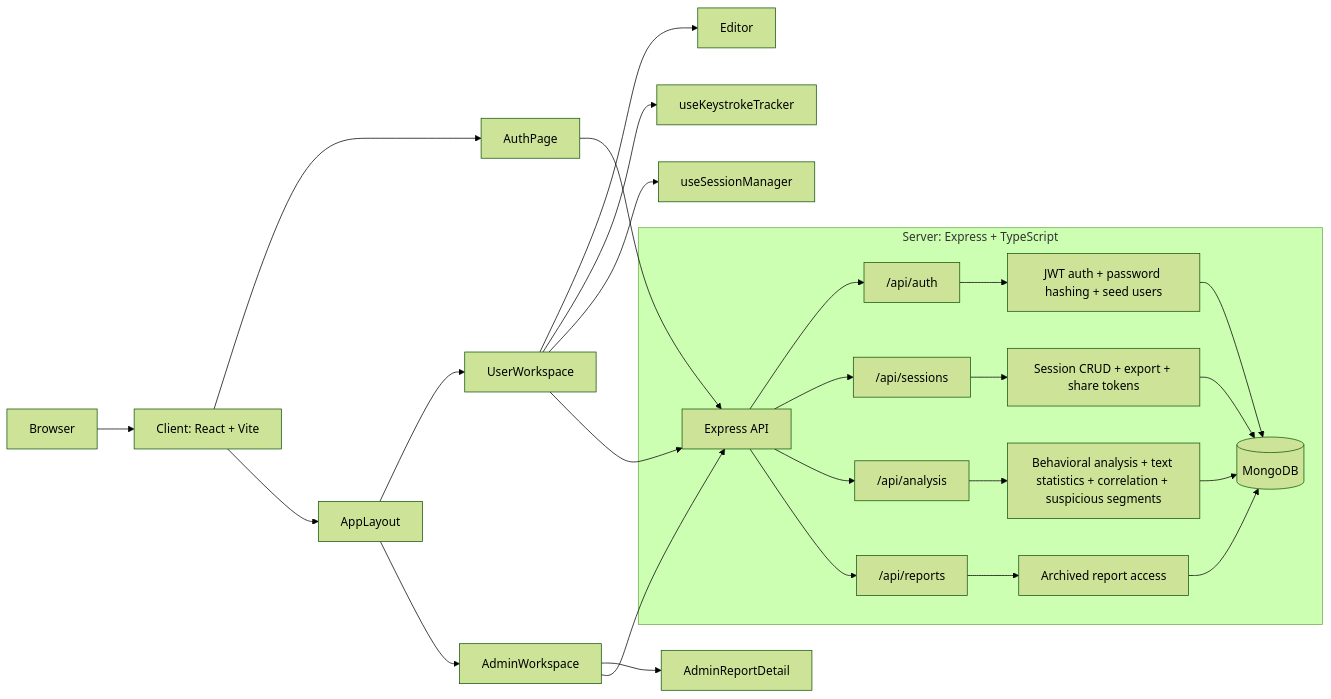
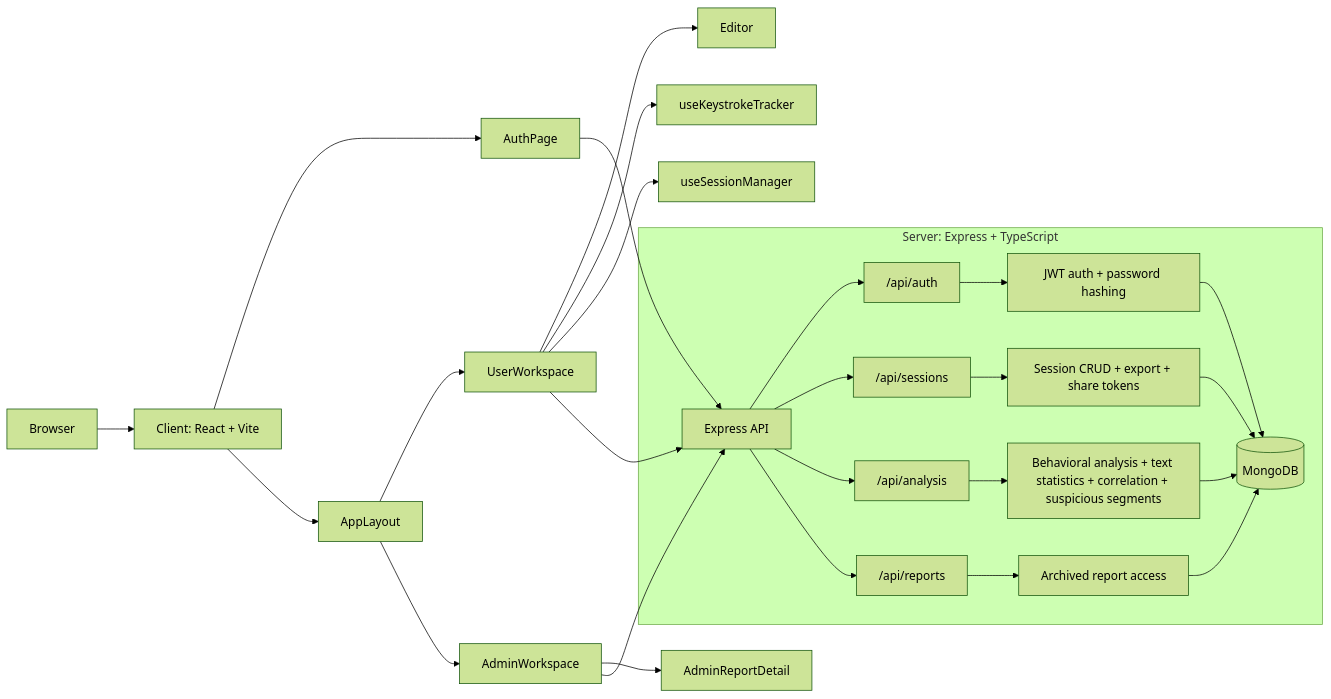
One commit to Sandhiya0305/vi-notes changed the diagram in README.md. Above: the diagram before and after it, drawn with Mermaid (forest theme). The commit also changed other lines of this file and 27 other files, not shown here.

````diff
--- a/README.md
+++ b/README.md
@@ -72,37 +76,37 @@
 ```mermaid
 flowchart LR
   Browser["Browser"] --> Client["Client: React + Vite"]
 
   Client --> AuthPage["AuthPage"]
   Client --> Layout["AppLayout"]
 
   Layout --> UserWorkspace["UserWorkspace"]
   Layout --> AdminWorkspace["AdminWorkspace"]
 
   UserWorkspace --> Editor["Editor"]
   UserWorkspace --> KeystrokeTracker["useKeystrokeTracker"]
   UserWorkspace --> SessionManager["useSessionManager"]
 
   AdminWorkspace --> AdminReportDetail["AdminReportDetail"]
 
   UserWorkspace --> API["Express API"]
   AdminWorkspace --> API
   AuthPage --> API
 
   subgraph Server["Server: Express + TypeScript"]
     API --> AuthRoutes["/api/auth"]
     API --> SessionRoutes["/api/sessions"]
     API --> AnalysisRoutes["/api/analysis"]
     API --> ReportRoutes["/api/reports"]
 
-    AuthRoutes --> AuthServices["JWT auth + password hashing + seed users"]
+    AuthRoutes --> AuthServices["JWT auth + password hashing"]
     SessionRoutes --> SessionServices["Session CRUD + export + share tokens"]
     AnalysisRoutes --> AnalysisServices["Behavioral analysis + text statistics + correlation + suspicious segments"]
     ReportRoutes --> ReportServices["Archived report access"]
 
     AuthServices --> Mongo[(MongoDB)]
     SessionServices --> Mongo
     AnalysisServices --> Mongo
     ReportServices --> Mongo
   end
 ```
````
